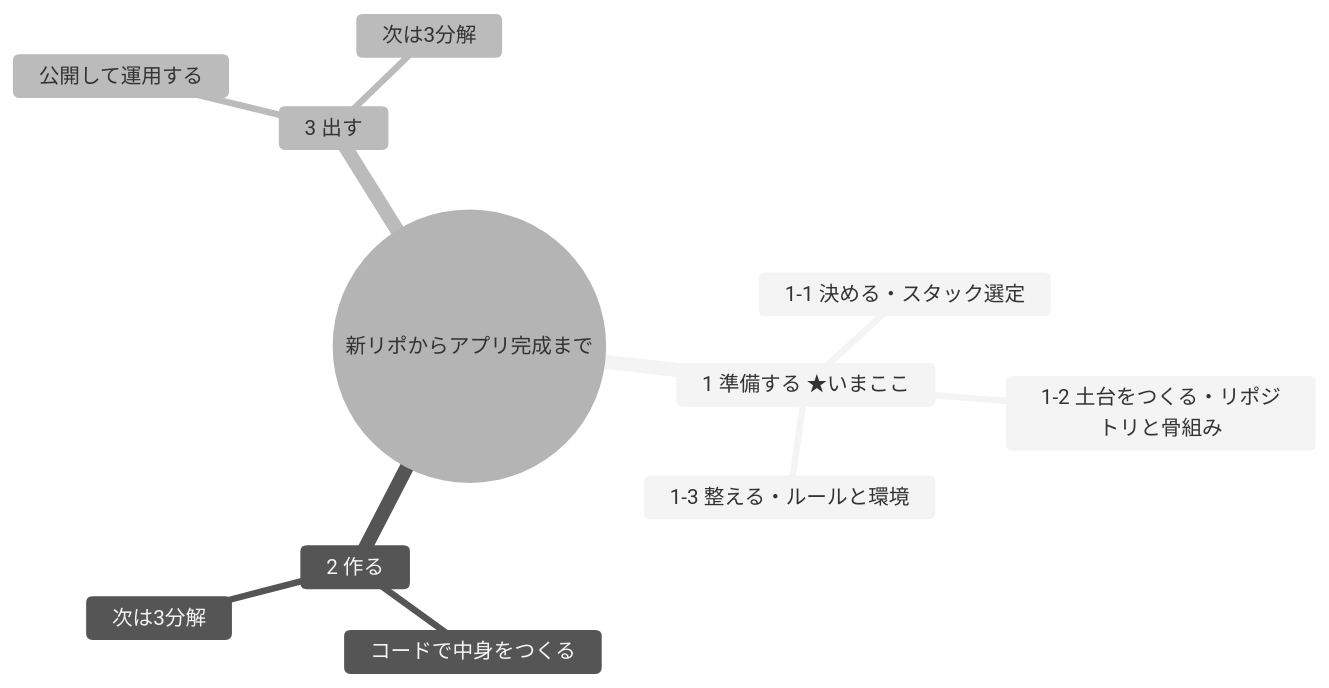
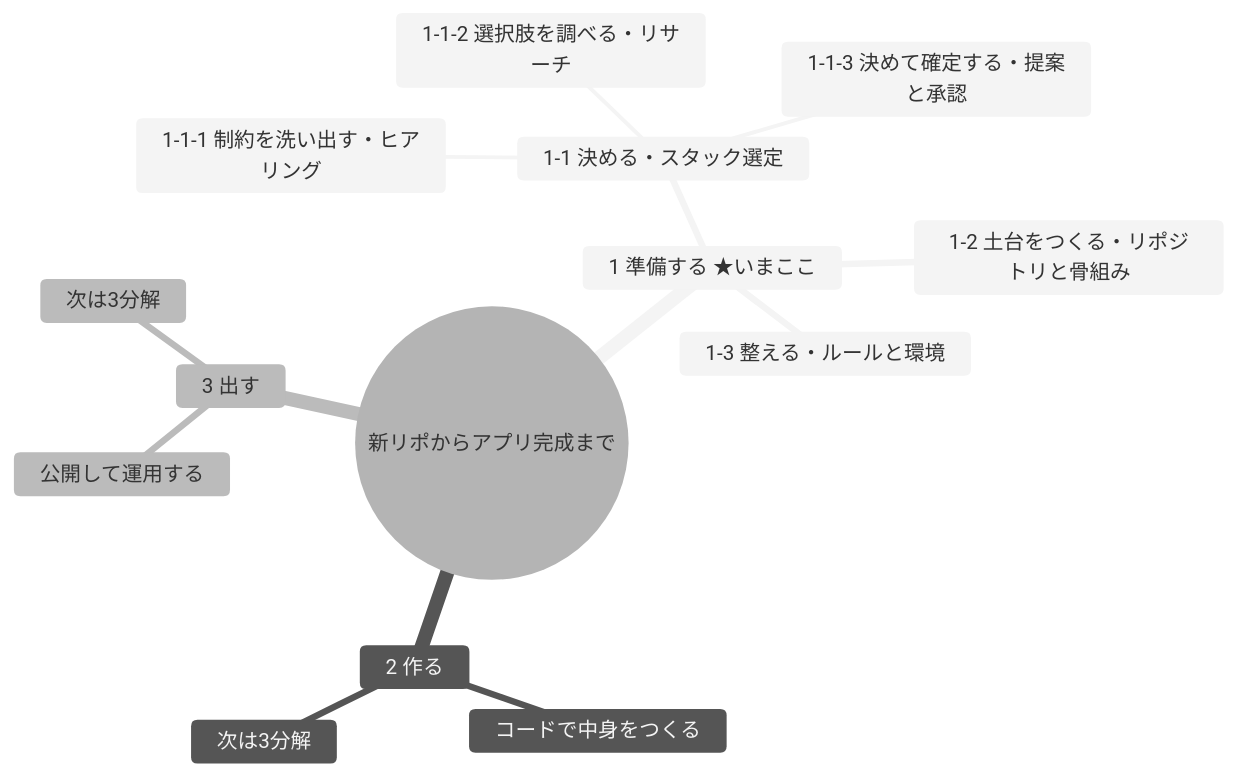
The diagram in docs/roadmap.md (rahiseko-alt/cc-v2), drawn with Mermaid (neutral theme) before and after one commit. The commit also changed other lines of this file, not shown here.

First line of the commit message:
Expand roadmap: split 1-1 (decide) into 1-1-1/1-1-2/1-1-3

````diff
--- a/docs/roadmap.md
+++ b/docs/roadmap.md
@@ -15,14 +15,17 @@
 ```mermaid
 mindmap
   root((新リポからアプリ完成まで))
     1 準備する ★いまここ
       1-1 決める・スタック選定
+        1-1-1 制約を洗い出す・ヒアリング
+        1-1-2 選択肢を調べる・リサーチ
+        1-1-3 決めて確定する・提案と承認
       1-2 土台をつくる・リポジトリと骨組み
       1-3 整える・ルールと環境
     2 作る
       コードで中身をつくる
       次は3分解
     3 出す
       公開して運用する
       次は3分解
 ```
````
